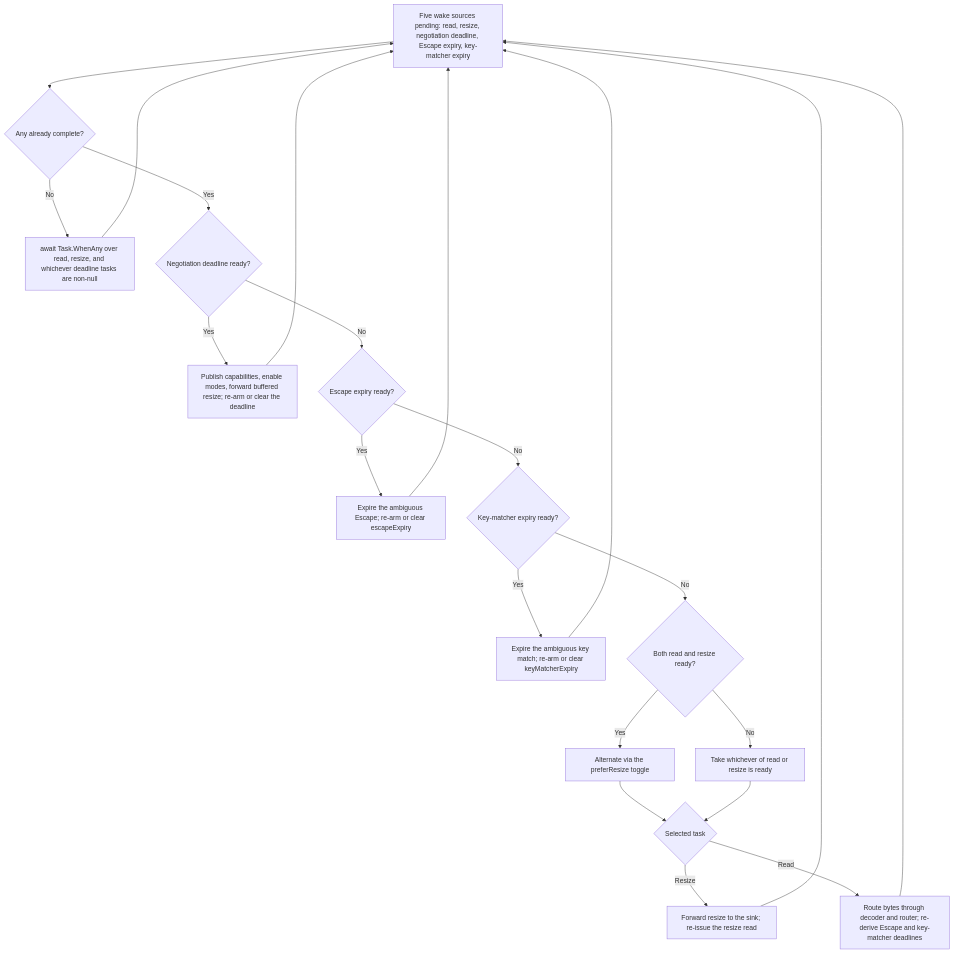
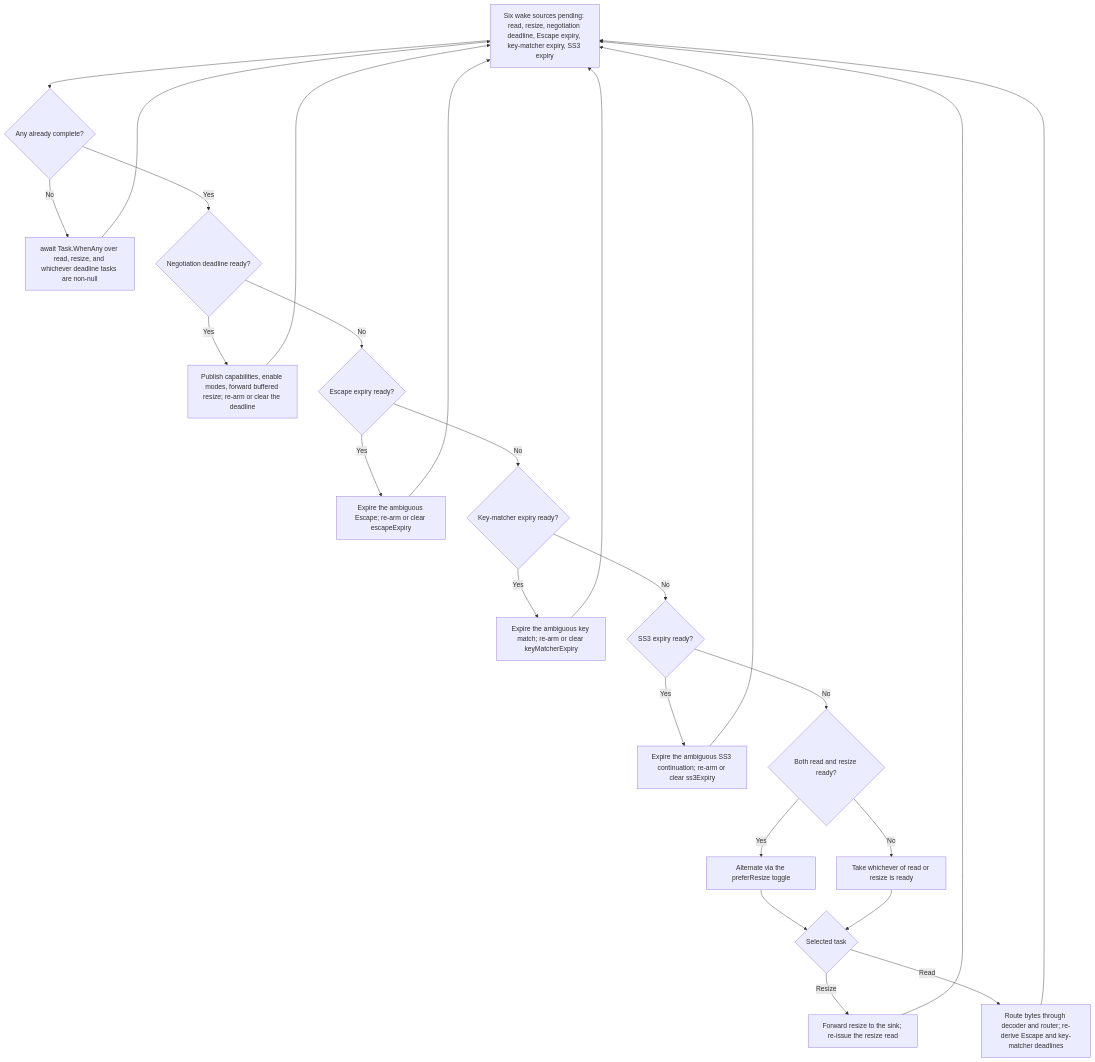
The sixth of 7 diagrams in docs/architecture/runtime-event-loop.md (pavkam/sharp-vision), drawn with Mermaid before and after one commit. The commit also changed other lines of this file and 1 other file, not shown here.

First line of the commit message:
docs(input-routing): document the SS3 disambiguation wake source

````diff
--- a/docs/architecture/runtime-event-loop.md
+++ b/docs/architecture/runtime-event-loop.md
@@ -394,24 +395,27 @@
 ```mermaid
 flowchart TD
-    Pending["Five wake sources pending: read, resize, negotiation deadline, Escape expiry, key-matcher expiry"] --> Ready{"Any already complete?"}
+    Pending["Six wake sources pending: read, resize, negotiation deadline, Escape expiry, key-matcher expiry, SS3 expiry"] --> Ready{"Any already complete?"}
     Ready -->|No| WhenAny["await Task.WhenAny over read, resize, and whichever deadline tasks are non-null"]
     WhenAny --> Pending
     Ready -->|Yes| Deadline{"Negotiation deadline ready?"}
     Deadline -->|Yes| DeadlineAction["Publish capabilities, enable modes, forward buffered resize; re-arm or clear the deadline"]
     Deadline -->|No| Escape{"Escape expiry ready?"}
     Escape -->|Yes| EscapeAction["Expire the ambiguous Escape; re-arm or clear escapeExpiry"]
     Escape -->|No| KeyMatcher{"Key-matcher expiry ready?"}
     KeyMatcher -->|Yes| KeyMatcherAction["Expire the ambiguous key match; re-arm or clear keyMatcherExpiry"]
-    KeyMatcher -->|No| Both{"Both read and resize ready?"}
+    KeyMatcher -->|No| Ss3{"SS3 expiry ready?"}
+    Ss3 -->|Yes| Ss3Action["Expire the ambiguous SS3 continuation; re-arm or clear ss3Expiry"]
+    Ss3 -->|No| Both{"Both read and resize ready?"}
     Both -->|Yes| Alternate["Alternate via the preferResize toggle"]
     Both -->|No| Single["Take whichever of read or resize is ready"]
     Alternate --> Selected{"Selected task"}
     Single --> Selected
     Selected -->|Resize| ResizeAction["Forward resize to the sink; re-issue the resize read"]
     Selected -->|Read| ReadAction["Route bytes through decoder and router; re-derive Escape and key-matcher deadlines"]
     DeadlineAction --> Pending
     EscapeAction --> Pending
     KeyMatcherAction --> Pending
+    Ss3Action --> Pending
     ResizeAction --> Pending
     ReadAction --> Pending
 ```
````
